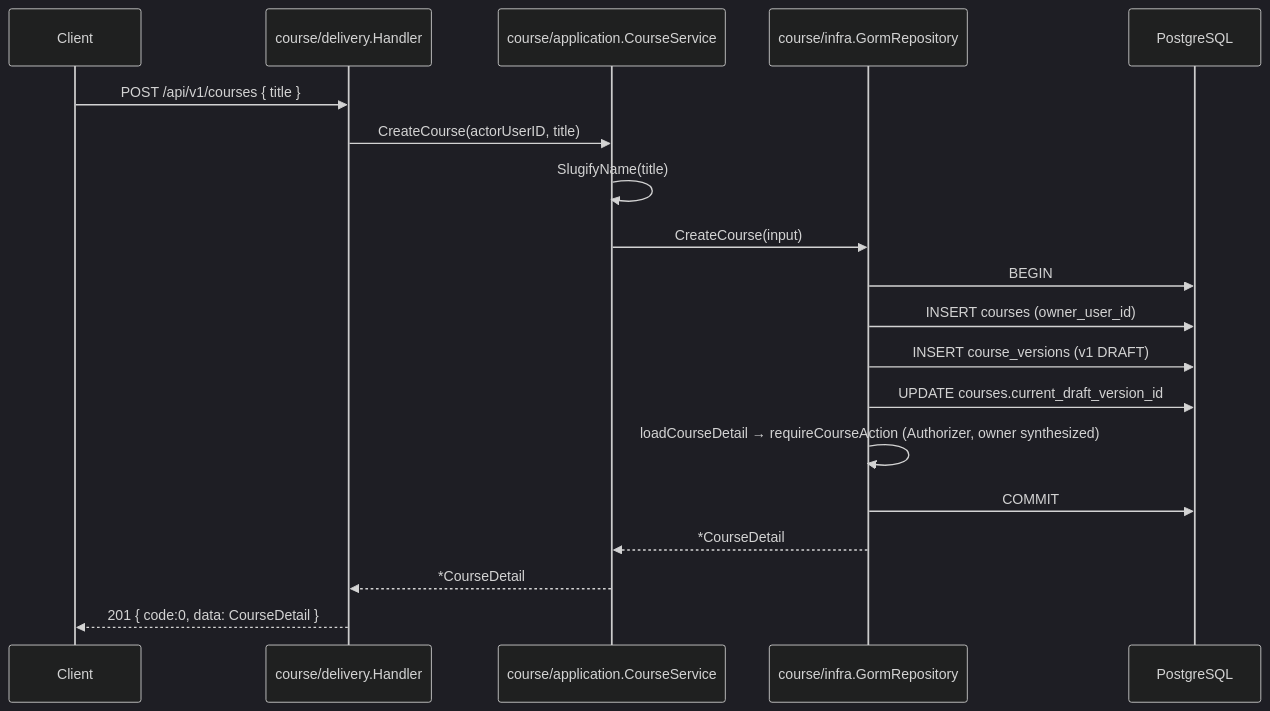
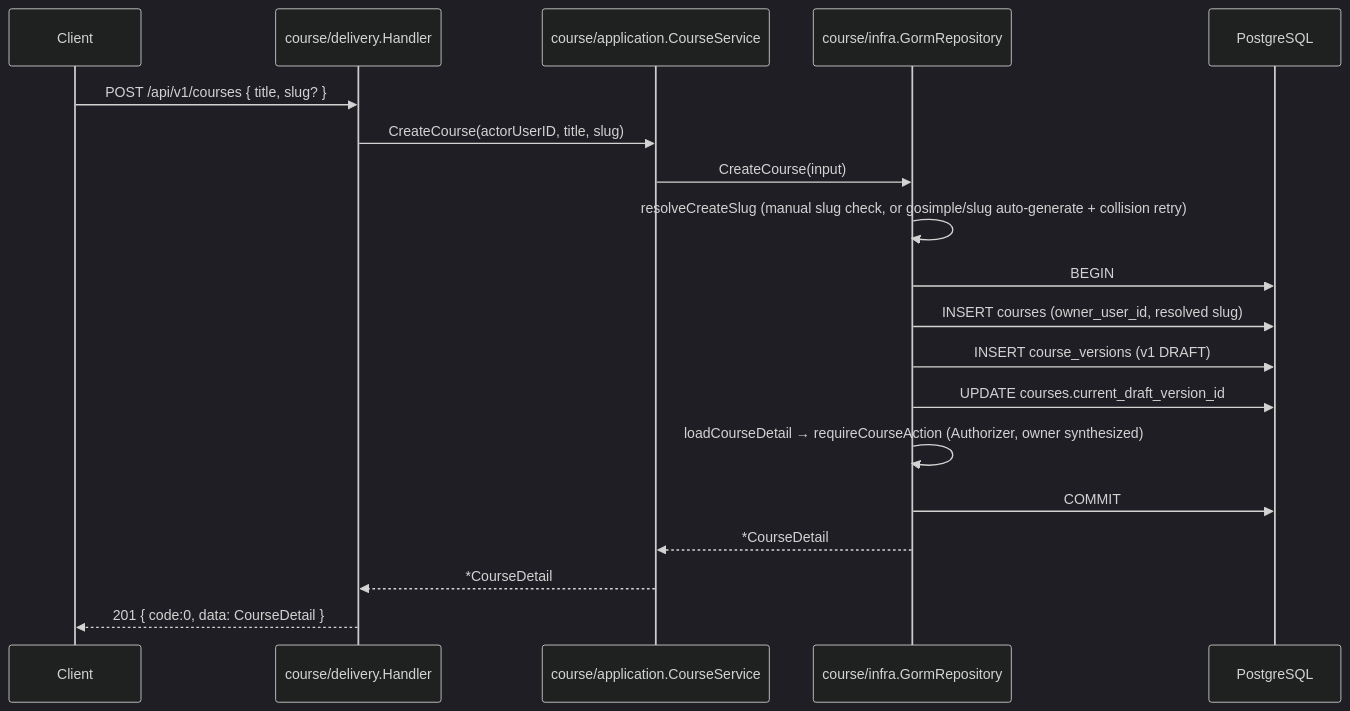
Before and after one commit to lkienkle11/be-mycourse: the second of 26 diagrams in docs/sequence_diagrams.md, drawn with Mermaid (dark theme). The commit also changed 10 other files, not shown here.

````diff
--- a/docs/sequence_diagrams.md
+++ b/docs/sequence_diagrams.md
@@ -89,22 +89,22 @@
 ```mermaid
 sequenceDiagram
     participant C as Client
     participant H as course/delivery.Handler
     participant S as course/application.CourseService
     participant R as course/infra.GormRepository
     participant DB as PostgreSQL
 
-    C->>H: POST /api/v1/courses { title }
-    H->>S: CreateCourse(actorUserID, title)
-    S->>S: SlugifyName(title)
+    C->>H: POST /api/v1/courses { title, slug? }
+    H->>S: CreateCourse(actorUserID, title, slug)
     S->>R: CreateCourse(input)
+    R->>R: resolveCreateSlug (manual slug check, or gosimple/slug auto-generate + collision retry)
     R->>DB: BEGIN
-    R->>DB: INSERT courses (owner_user_id)
+    R->>DB: INSERT courses (owner_user_id, resolved slug)
     R->>DB: INSERT course_versions (v1 DRAFT)
     R->>DB: UPDATE courses.current_draft_version_id
     R->>R: loadCourseDetail → requireCourseAction (Authorizer, owner synthesized)
     R->>DB: COMMIT
     R-->>S: *CourseDetail
     S-->>H: *CourseDetail
     H-->>C: 201 { code:0, data: CourseDetail }
 ```
````
